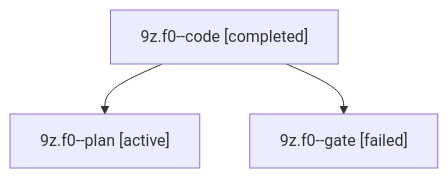
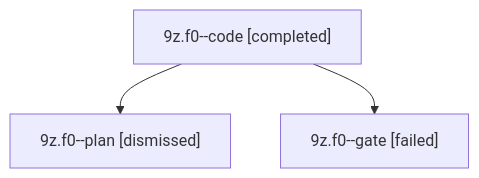
The diagram in sessions/bbugyi200.apollo.9z.f0.md (bobs-org/bob-cli--agents), drawn with Mermaid before and after one commit. The commit also changed other lines of this file and 35 other files, not shown here.

````diff
--- a/sessions/bbugyi200.apollo.9z.f0.md
+++ b/sessions/bbugyi200.apollo.9z.f0.md
@@ -9,8 +9,8 @@
 ```mermaid
 flowchart TD
   n0["9z.f0--code [completed]"]
-  n1["9z.f0--plan [active]"]
+  n1["9z.f0--plan [dismissed]"]
   n0 --> n1
   n2["9z.f0--gate [failed]"]
   n0 --> n2
 ```
````
